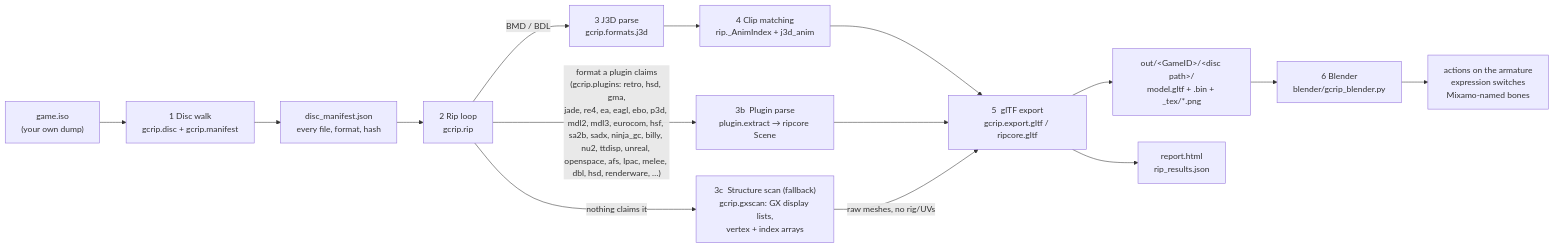
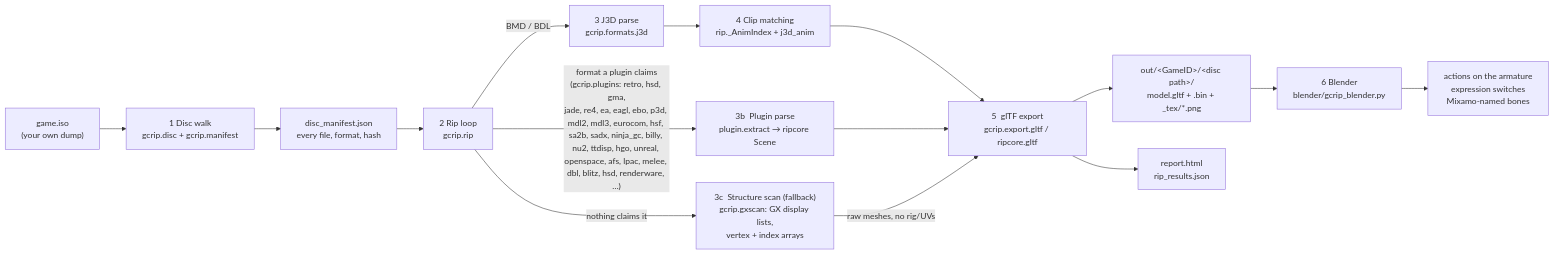
The first of 9 diagrams in docs/PIPELINE.md (Felbs/3d-ripper-9000), drawn with Mermaid before and after one commit. The commit also changed other lines of this file, not shown here.

First line of the commit message:
docs: pipeline chart names the hgo and blitz plugins and the Blitz archive members

````diff
--- a/docs/PIPELINE.md
+++ b/docs/PIPELINE.md
@@ -11,17 +11,17 @@
 ```mermaid
 flowchart LR
     ISO["game.iso<br/>(your own dump)"] --> WALK["1  Disc walk<br/>gcrip.disc + gcrip.manifest"]
     WALK --> MAN["disc_manifest.json<br/>every file, format, hash"]
     MAN --> RIP["2  Rip loop<br/>gcrip.rip"]
     RIP -->|"BMD / BDL"| J3D["3  J3D parse<br/>gcrip.formats.j3d"]
-    RIP -->|"format a plugin claims<br/>(gcrip.plugins: retro, hsd, gma,<br/>jade, re4, ea, eagl, ebo, p3d, mdl2, mdl3, eurocom, hsf, sa2b, sadx, ninja_gc, billy, nu2, ttdisp, unreal, openspace, afs, lpac, melee, dbl, hsd, renderware, …)"| PLUG["3b  Plugin parse<br/>plugin.extract → ripcore Scene"]
+    RIP -->|"format a plugin claims<br/>(gcrip.plugins: retro, hsd, gma,<br/>jade, re4, ea, eagl, ebo, p3d, mdl2, mdl3, eurocom, hsf, sa2b, sadx, ninja_gc, billy, nu2, ttdisp, hgo, unreal, openspace, afs, lpac, melee, dbl, blitz, hsd, renderware, …)"| PLUG["3b  Plugin parse<br/>plugin.extract → ripcore Scene"]
     RIP -->|"nothing claims it"| GX["3c  Structure scan (fallback)<br/>gcrip.gxscan: GX display lists,<br/>vertex + index arrays"]
     J3D --> ANIM["4  Clip matching<br/>rip._AnimIndex + j3d_anim"]
     ANIM --> GLTF["5  glTF export<br/>gcrip.export.gltf / ripcore.gltf"]
     PLUG --> GLTF
     GX -->|"raw meshes, no rig/UVs"| GLTF
     GLTF --> OUT["out/&lt;GameID&gt;/&lt;disc path&gt;/<br/>model.gltf + .bin + _tex/*.png"]
     GLTF --> REP["report.html<br/>rip_results.json"]
     OUT --> BL["6  Blender<br/>blender/gcrip_blender.py"]
     BL --> PLAY["actions on the armature<br/>expression switches<br/>Mixamo-named bones"]
 ```
````
